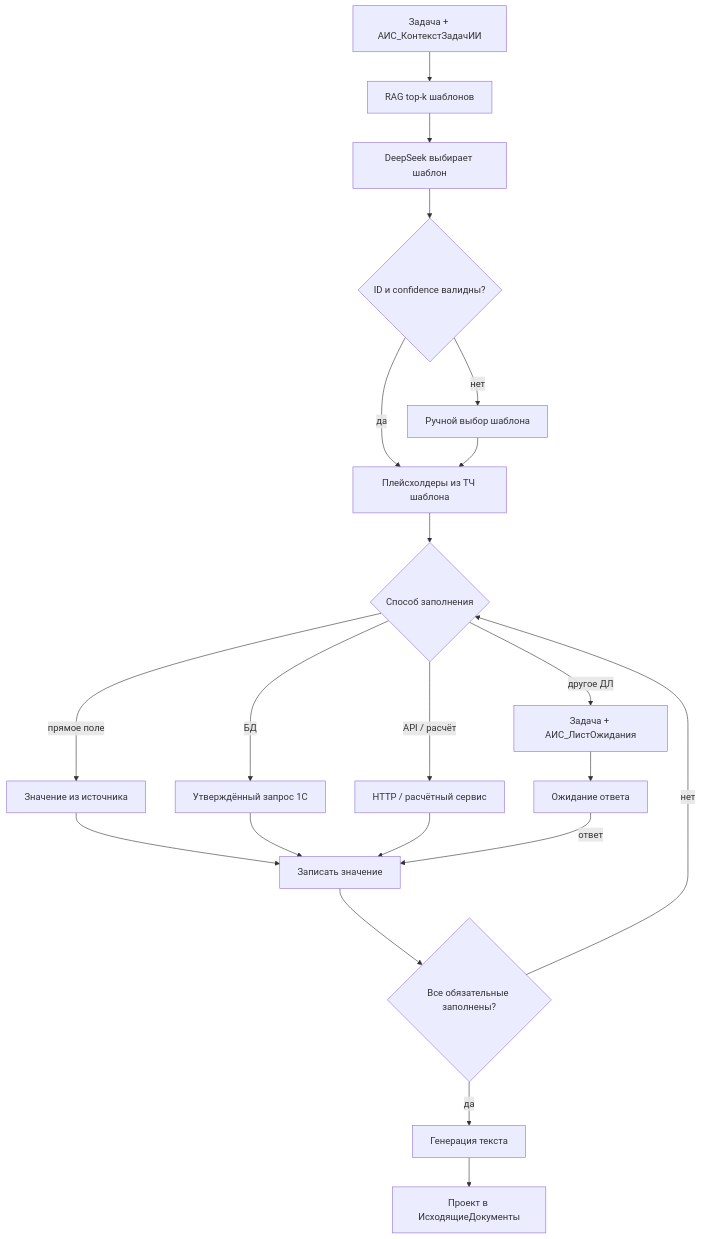
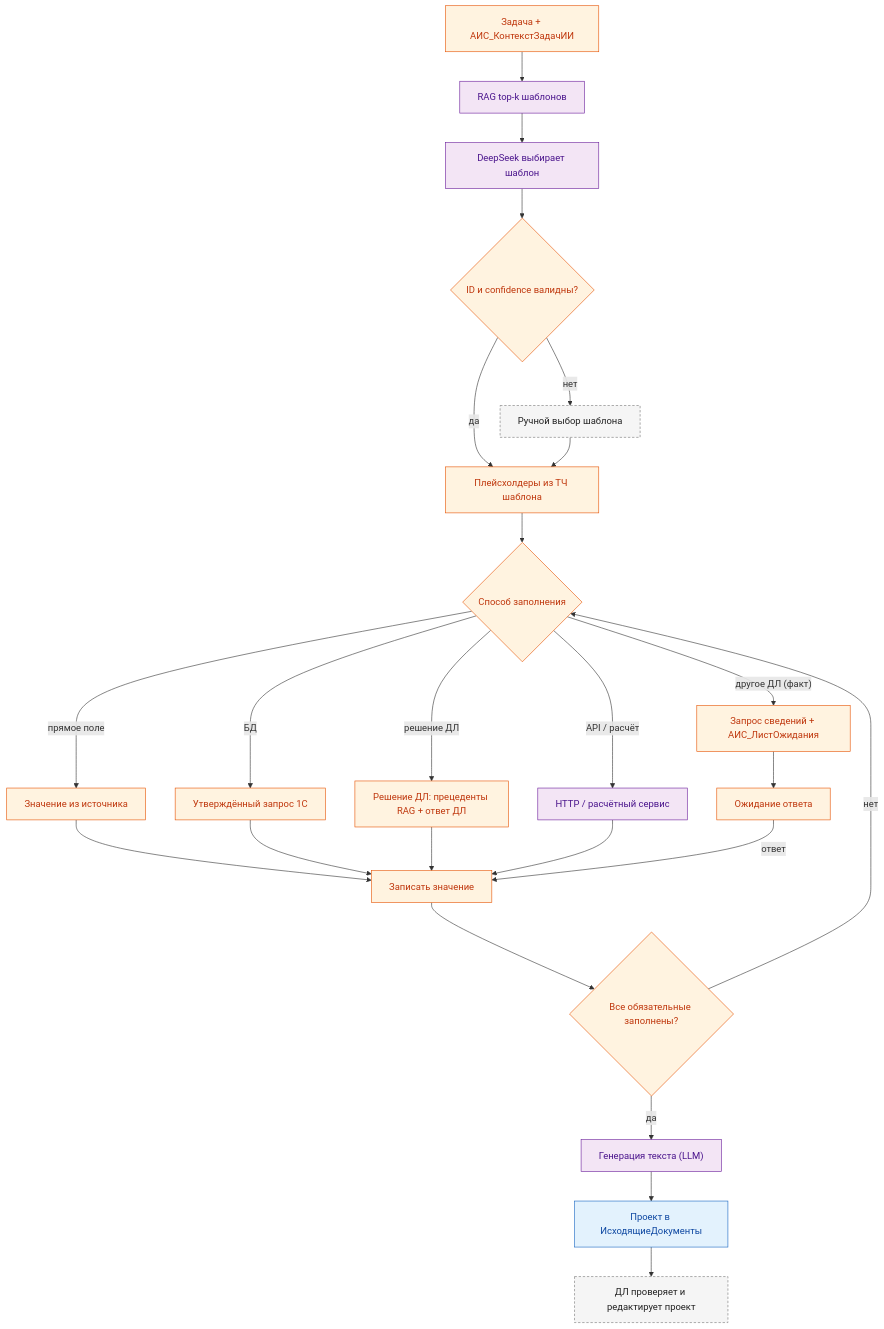
One commit to igorvolk1961/ai_scrivener changed the fourth of 16 diagrams in docs/process-diagrams.md. Above: the diagram before and after it, drawn with Mermaid. The commit also changed other lines of this file and 16 other files, not shown here.

First line of the commit message:
Reorganize docs, add C4 model and color process diagrams

````diff
--- a/docs/process-diagrams.md
+++ b/docs/process-diagrams.md
@@ -139,23 +178,34 @@
 ```mermaid
 flowchart TD
   A["Задача + АИС_КонтекстЗадачИИ"] --> B["RAG top-k шаблонов"]
   B --> C["DeepSeek выбирает шаблон"]
   C --> D{"ID и confidence валидны?"}
   D -->|"нет"| E["Ручной выбор шаблона"]
   D -->|"да"| F["Плейсхолдеры из ТЧ шаблона"]
   E --> F
   F --> G{"Способ заполнения"}
   G -->|"прямое поле"| H["Значение из источника"]
   G -->|"БД"| I["Утверждённый запрос 1С"]
-  G -->|"другое ДЛ"| J["Задача + АИС_ЛистОжидания"]
+  G -->|"другое ДЛ (факт)"| J["Запрос сведений + АИС_ЛистОжидания"]
+  G -->|"решение ДЛ"| R["Решение ДЛ: прецеденты RAG + ответ ДЛ"]
   G -->|"API / расчёт"| K["HTTP / расчётный сервис"]
   H --> L["Записать значение"]
   I --> L
   J --> M["Ожидание ответа"]
+  R --> L
   K --> L
   M -->|"ответ"| L
   L --> N{"Все обязательные заполнены?"}
   N -->|"нет"| G
-  N -->|"да"| O["Генерация текста"]
+  N -->|"да"| O["Генерация текста (LLM)"]
   O --> P["Проект в ИсходящиеДокументы"]
+  P --> V["ДЛ проверяет и редактирует проект"]
+  classDef base fill:#E3F2FD,stroke:#1565C0,color:#0D47A1
+  classDef ext fill:#FFF3E0,stroke:#E65100,color:#BF360C
+  classDef manual fill:#F5F5F5,stroke:#757575,color:#212121,stroke-dasharray: 4 3
+  classDef ai fill:#F3E5F5,stroke:#6A1B9A,color:#4A148C
+  class A,D,F,G,H,I,J,L,M,N,R ext
+  class B,C,O,K ai
+  class E,V manual
+  class P base
 ```
````
